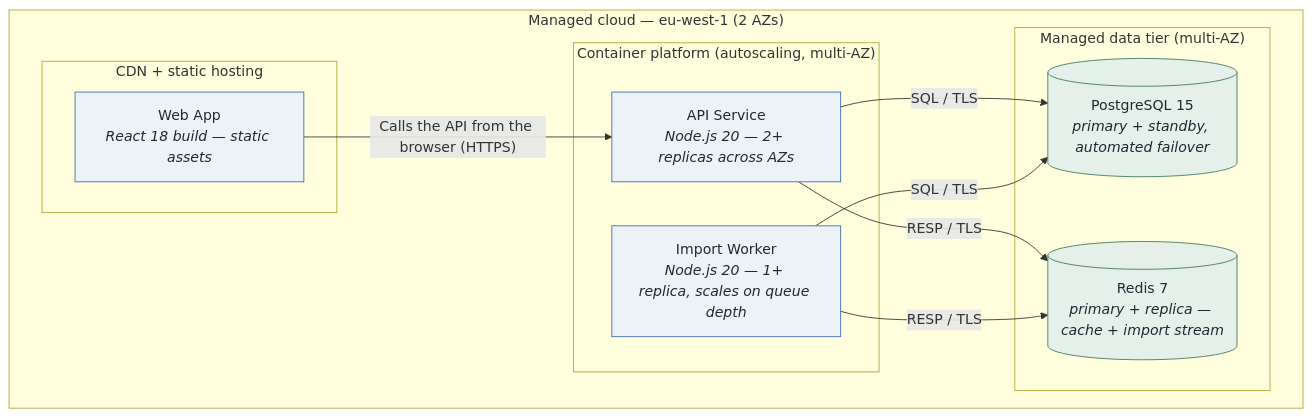
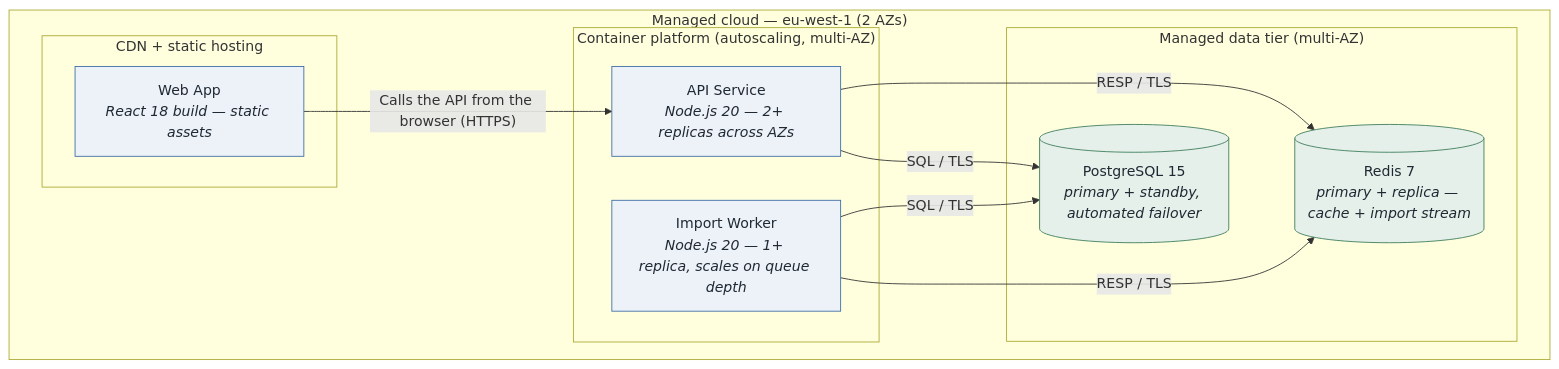
The sixth of 6 diagrams in examples/personal-finance-tracker-mermaid/add/personal-finance-tracker-Architecture.md (rtym/sei-architecture-methodology), drawn with Mermaid before and after one commit. The commit also changed 16 other files, not shown here.

First line of the commit message:
Remove the deployment crossing and an off-palette note colour from the Mermaid example

````diff
--- a/examples/personal-finance-tracker-mermaid/add/personal-finance-tracker-Architecture.md
+++ b/examples/personal-finance-tracker-mermaid/add/personal-finance-tracker-Architecture.md
@@ -240,27 +240,29 @@
 ```mermaid
 flowchart TB
   %% Deployment — Personal Finance Tracker (production, eu-west-1, 2 AZs)
   %% name: deployment
   subgraph cloud["Managed cloud — eu-west-1 (2 AZs)"]
     subgraph edge["CDN + static hosting"]
       spa["Web App<br/><i>React 18 build — static assets</i>"]
     end
     subgraph run["Container platform (autoscaling, multi-AZ)"]
       api["API Service<br/><i>Node.js 20 — 2+ replicas across AZs</i>"]
       worker["Import Worker<br/><i>Node.js 20 — 1+ replica, scales on queue depth</i>"]
     end
     subgraph data["Managed data tier (multi-AZ)"]
       db[("PostgreSQL 15<br/><i>primary + standby, automated failover</i>")]
       cache[("Redis 7<br/><i>primary + replica — cache + import stream</i>")]
     end
   end
   spa -->|"Calls the API from the browser (HTTPS)"| api
   api -->|"SQL / TLS"| db
   api -->|"RESP / TLS"| cache
   worker -->|"RESP / TLS"| cache
   worker -->|"SQL / TLS"| db
+  %% invisible link (~~~): stacks the two stores, so each service reaches both without a crossing
+  db ~~~ cache
   classDef internal fill:#EDF2F8,stroke:#3E6DA5,color:#1F2933;
   classDef datastore fill:#E4F0E9,stroke:#3F7D5C,color:#1F2933;
   class spa,api,worker internal
   class db,cache datastore
 ```
````
